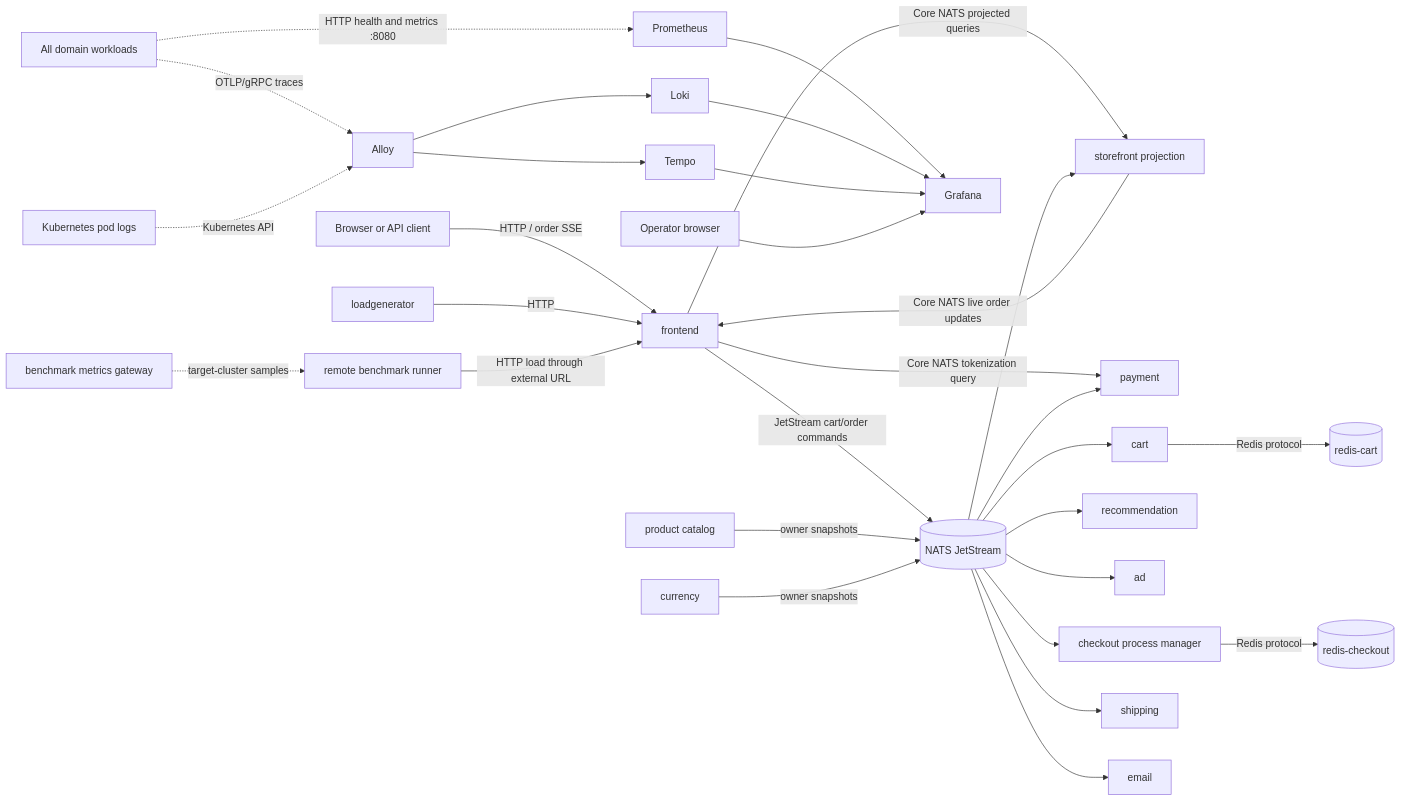
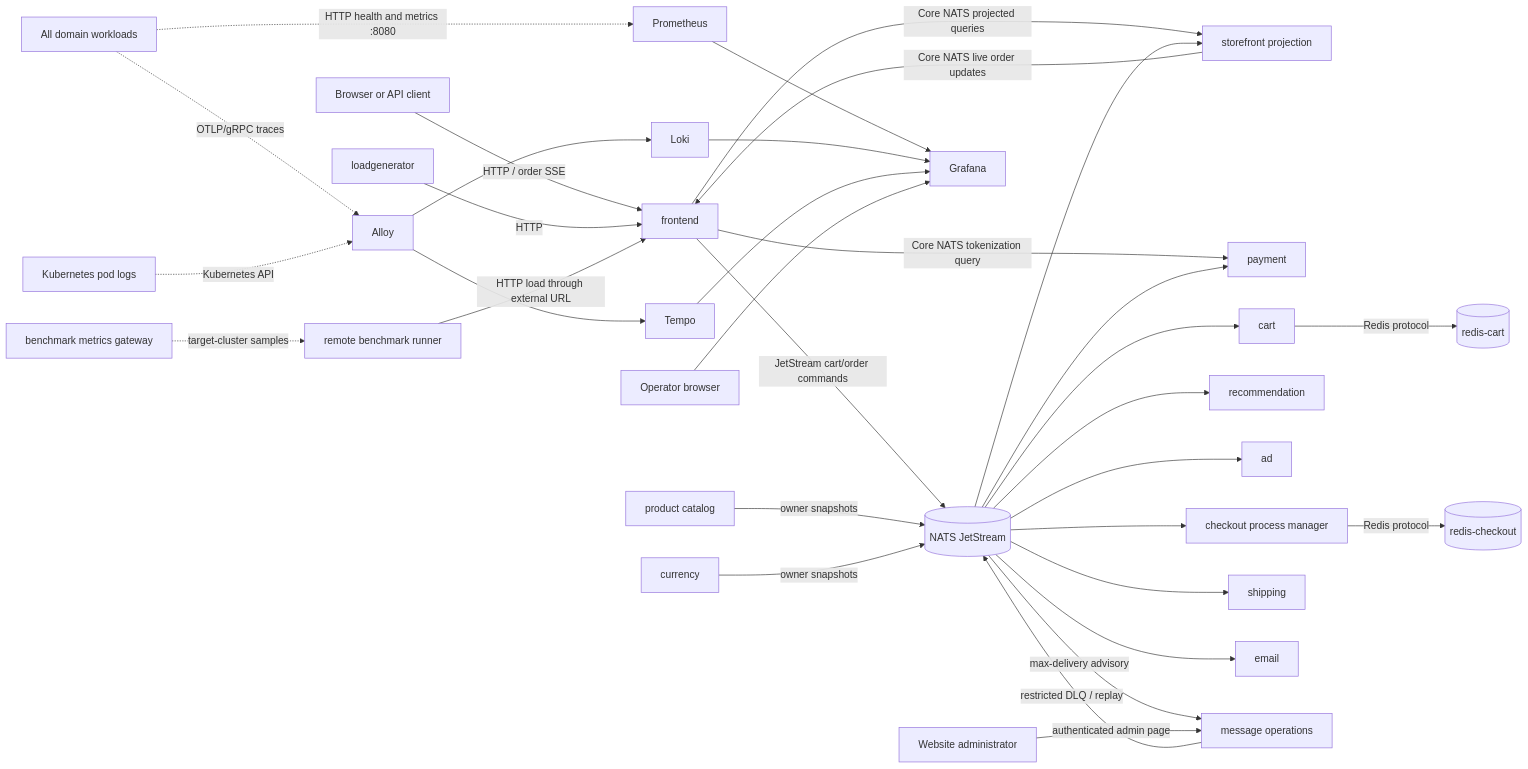
One commit to Matslo1234/microservices-demo-nats changed the diagram in README.md. Above: the diagram before and after it, drawn with Mermaid. The commit also changed other lines of this file and 37 other files, not shown here.

````diff
--- a/README.md
+++ b/README.md
@@ -19,35 +19,38 @@
 ```mermaid
 flowchart LR
     User[Browser or API client] -->|HTTP / order SSE| FE[frontend]
     Load[loadgenerator] -->|HTTP| FE
     Benchmark[remote benchmark runner] -->|HTTP load through external URL| FE
     Metrics[benchmark metrics gateway] -.->|target-cluster samples| Benchmark
 
     FE -->|Core NATS projected queries| Projection[storefront projection]
     Projection -->|Core NATS live order updates| FE
     FE -->|JetStream cart/order commands| NATS[(NATS JetStream)]
     FE -->|Core NATS tokenization query| Payment[payment]
 
     Catalog[product catalog] -->|owner snapshots| NATS
     Currency[currency] -->|owner snapshots| NATS
     NATS --> Cart[cart]
     NATS --> Recommendation[recommendation]
     NATS --> Ad[ad]
     NATS --> Checkout[checkout process manager]
     NATS --> Shipping[shipping]
     NATS --> Payment
     NATS --> Email[email]
     NATS --> Projection
+    NATS -->|max-delivery advisory| MessageOps[message operations]
+    MessageOps -->|restricted DLQ / replay| NATS
+    Admin[Website administrator] -->|authenticated admin page| MessageOps
     Cart -->|Redis protocol| CartRedis[(redis-cart)]
     Checkout -->|Redis protocol| CheckoutRedis[(redis-checkout)]
 
     Apps[All domain workloads] -.->|HTTP health and metrics :8080| Prometheus
     Apps -.->|OTLP/gRPC traces| Alloy
     Kubernetes[Kubernetes pod logs] -.->|Kubernetes API| Alloy
     Alloy --> Loki
     Alloy --> Tempo
     Prometheus --> Grafana
     Loki --> Grafana
     Tempo --> Grafana
     Operator[Operator browser] --> Grafana
 ```
````
